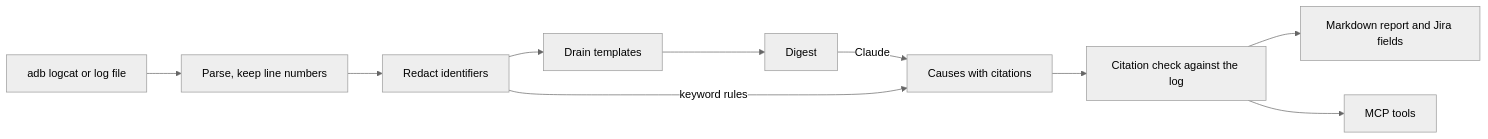
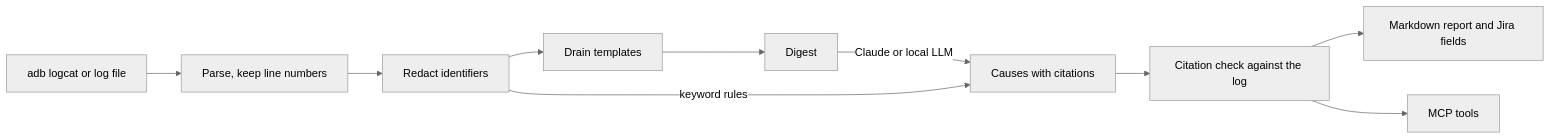
Before and after one commit to Freeze7749/android-bug-triage-agent: the diagram in README.md, drawn with Mermaid (neutral theme). The commit also changed other lines of this file and 38 other files, not shown here.

First line of the commit message:
Add local LLM analyzer and fix evaluation data

````diff
--- a/README.md
+++ b/README.md
@@ -21,12 +23,12 @@
 ```mermaid
 flowchart LR
     A[adb logcat or log file] --> B[Parse, keep line numbers]
     B --> C[Redact identifiers]
     C --> D[Drain templates]
     D --> E[Digest]
-    E -->|Claude| G[Causes with citations]
+    E -->|Claude or local LLM| G[Causes with citations]
     C -->|keyword rules| G
     G --> H[Citation check against the log]
     H --> I[Markdown report and Jira fields]
     H --> J[MCP tools]
 ```
````
